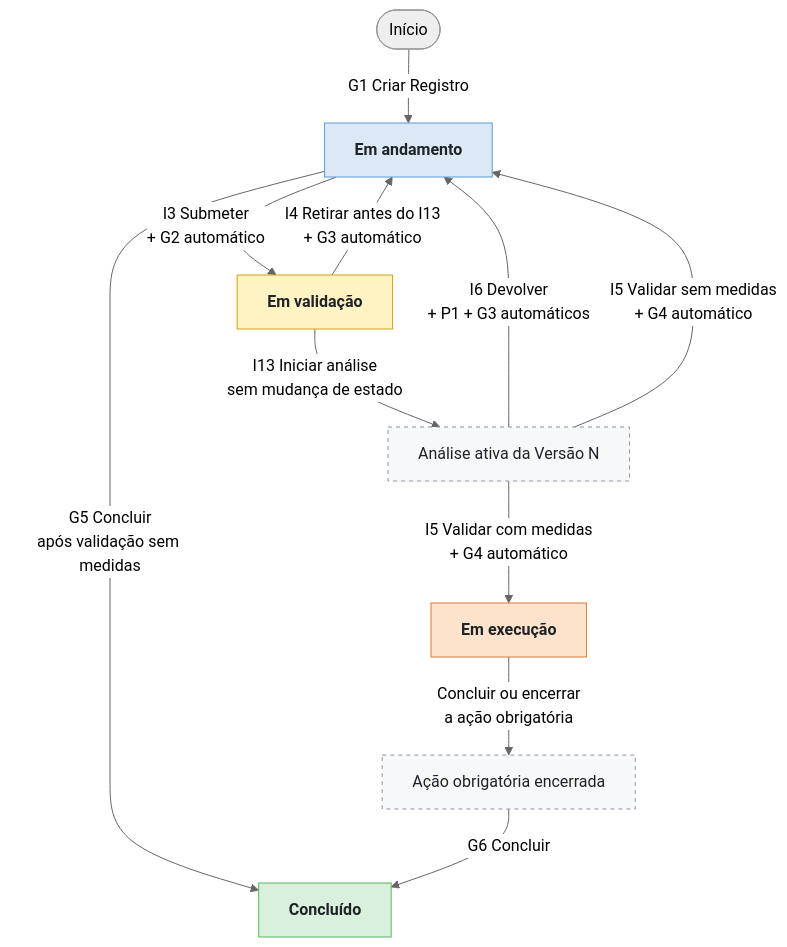
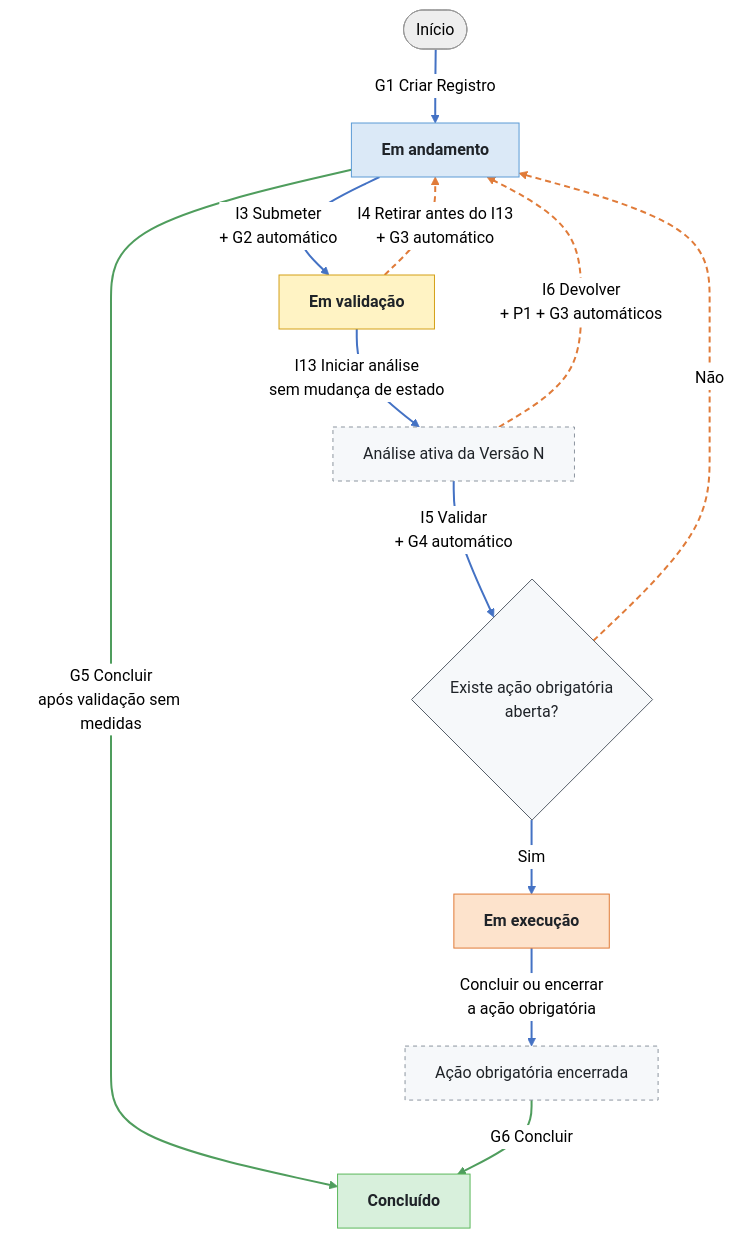
Before and after one commit to ailtonfv/governanca-lgpd-hortolandia: the third of 11 diagrams in docs/arquitetura/MAPA_M1a.md, drawn with Mermaid (neutral theme). The commit also changed other lines of this file, not shown here.

````diff
--- a/docs/arquitetura/MAPA_M1a.md
+++ b/docs/arquitetura/MAPA_M1a.md
@@ -187,24 +210,29 @@
 ```mermaid
 flowchart TD
     INI([Início]) -- "G1 Criar Registro" --> A["Em andamento"]
     A -- "I3 Submeter<br/>+ G2 automático" --> V["Em validação"]
 
     V -- "I4 Retirar antes do I13<br/>+ G3 automático" --> A
     V -- "I13 Iniciar análise<br/>sem mudança de estado" --> AN["Análise ativa da Versão N"]
     AN -- "I6 Devolver<br/>+ P1 + G3 automáticos" --> A
-    AN -- "I5 Validar sem medidas<br/>+ G4 automático" --> A
-    AN -- "I5 Validar com medidas<br/>+ G4 automático" --> X["Em execução"]
+    AN -- "I5 Validar<br/>+ G4 automático" --> D{"Existe ação obrigatória<br/>aberta?"}
+    D -- "Não" --> A
+    D -- "Sim" --> X["Em execução"]
 
     A -- "G5 Concluir<br/>após validação sem medidas" --> C["Concluído"]
     X -- "Concluir ou encerrar<br/>a ação obrigatória" --> AC["Ação obrigatória encerrada"]
     AC -- "G6 Concluir" --> C
 
     classDef estado color:#1f2328,font-weight:bold
     class A,V,X,C estado
     style A fill:#dbe9f7,stroke:#5b9bd5,color:#1f2328
     style V fill:#fff3c4,stroke:#d4a017,color:#1f2328
     style X fill:#fde3cc,stroke:#e07b39,color:#1f2328
     style C fill:#d8f0dc,stroke:#5cb85c,color:#1f2328
+    style D fill:#f6f8fa,stroke:#57606a,color:#1f2328
     style AN fill:#f6f8fa,stroke:#8c959f,color:#1f2328,stroke-dasharray:4
     style AC fill:#f6f8fa,stroke:#8c959f,color:#1f2328,stroke-dasharray:4
+    linkStyle 0,1,3,5,7,9 stroke:#4472c4,stroke-width:2px
+    linkStyle 2,4,6 stroke:#e07b39,stroke-width:2px,stroke-dasharray:6 4
+    linkStyle 8,10 stroke:#4f9d5d,stroke-width:2px
 ```
````
